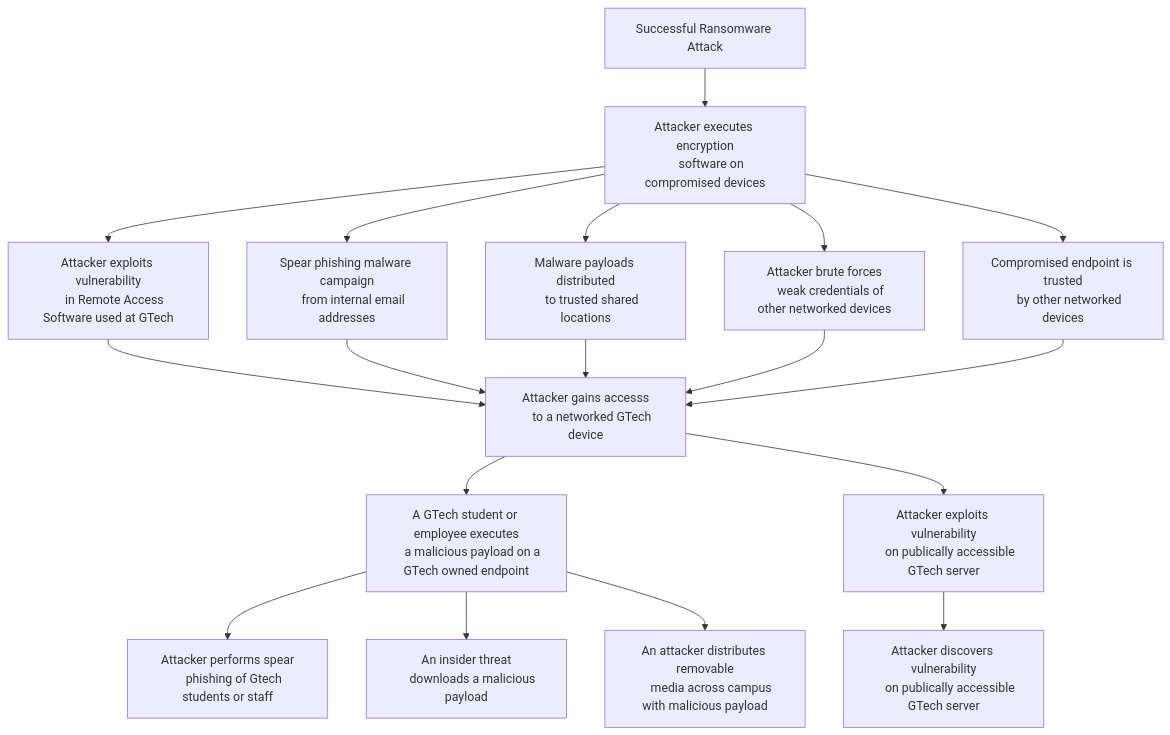
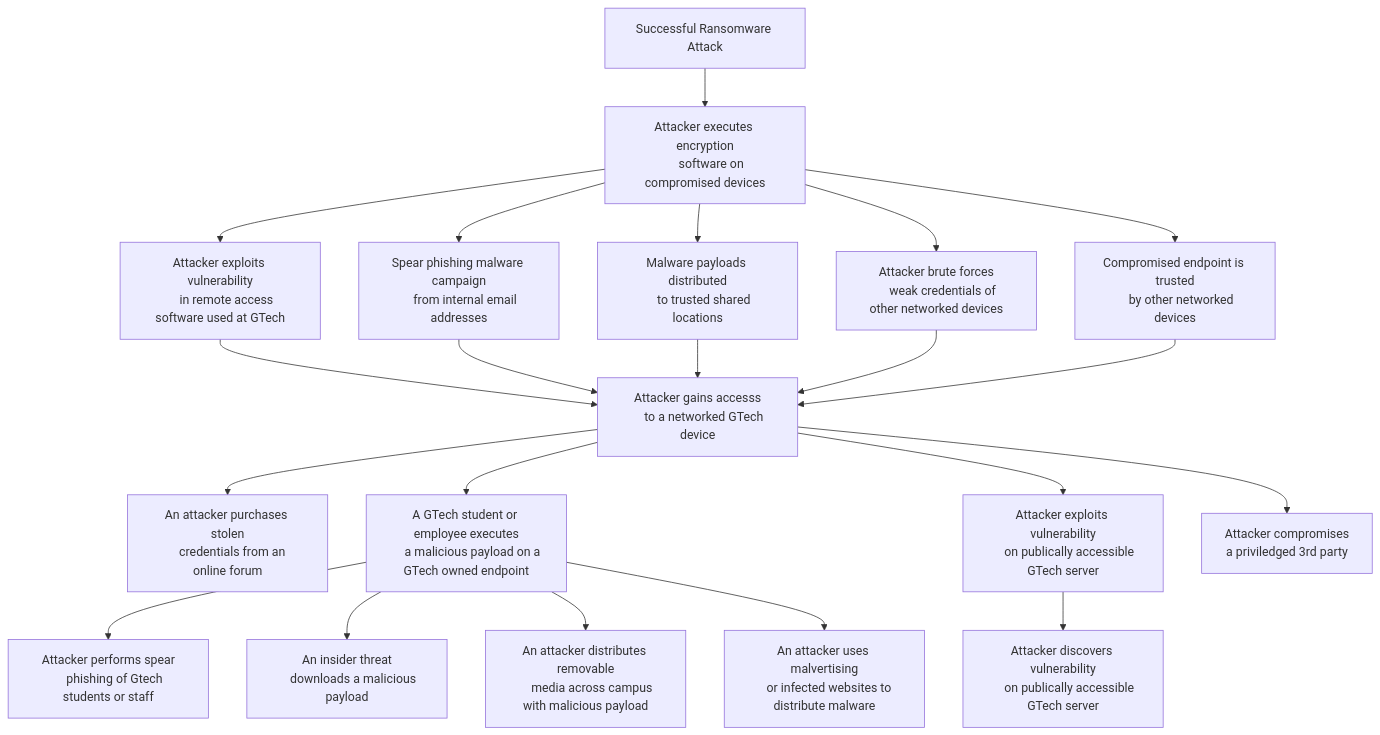
One commit to jfox13-nd/ransomware-gtech changed the diagram in attack_tree.md. Above: the diagram before and after it, drawn with Mermaid.

````diff
--- a/attack_tree.md
+++ b/attack_tree.md
@@ -2,58 +2,70 @@
 ```mermaid
 flowchart TD
     
     GOAL_FINAL[Successful Ransomware Attack]
     GOAL[Attacker executes encryption
      software on compromised devices]
 
     EXPLOIT_REMOTE_SERVICES[Attacker exploits vulnerability
-     in Remote Access Software used at GTech]
+     in remote access software used at GTech]
     PERMISSIONS_LATERAL_MOVEMENT[Compromised endpoint is trusted
      by other networked devices]
     INTERNAL_PHISHING[Spear phishing malware campaign
      from internal email addresses]
     TAINT_SHARED_CONTENT[Malware payloads distributed
      to trusted shared locations]
     BRUTE_FORCE_CREDENTIALS_OF_OTHER_NETWORKED_DEVICES[Attacker brute forces
      weak credentials of other networked devices]
     ACCESS_ENDPOINT[Attacker gains accesss
      to a networked GTech device]
 
     SPEAR_FISHING[Attacker performs spear
      phishing of Gtech students or staff]
     INSIDER_THREAT[An insider threat
      downloads a malicious payload]
     REMOVABLE_MEDIA[An attacker distributes removable
      media across campus with malicious payload]
+    DRIVE_BY[An attacker uses malvertising
+    or infected websites to distribute malware]
+
+    CREDENTIAL_PURCHASE[An attacker purchases stolen
+    credentials from an online forum]
 
     RUNS_MALICIOUS_EXECUTABLE[A GTech student or employee executes
      a malicious payload on a GTech owned endpoint]
 
     PUBLIC_SERVER_EXPLOIT[Attacker exploits vulnerability
      on publically accessible GTech server]
     VULNERABILITY_SCAN[Attacker discovers vulnerability
      on publically accessible GTech server]
+
+    THIRD_PARTY[Attacker compromises
+    a priviledged 3rd party]
 
     GOAL_FINAL --> GOAL
     GOAL --> EXPLOIT_REMOTE_SERVICES
     GOAL --> INTERNAL_PHISHING
     GOAL --> TAINT_SHARED_CONTENT
     GOAL --> BRUTE_FORCE_CREDENTIALS_OF_OTHER_NETWORKED_DEVICES
     GOAL --> PERMISSIONS_LATERAL_MOVEMENT
 
     EXPLOIT_REMOTE_SERVICES --> ACCESS_ENDPOINT
     INTERNAL_PHISHING  --> ACCESS_ENDPOINT
     TAINT_SHARED_CONTENT  --> ACCESS_ENDPOINT
     BRUTE_FORCE_CREDENTIALS_OF_OTHER_NETWORKED_DEVICES  --> ACCESS_ENDPOINT
     PERMISSIONS_LATERAL_MOVEMENT --> ACCESS_ENDPOINT
 
     ACCESS_ENDPOINT --> RUNS_MALICIOUS_EXECUTABLE
 
     RUNS_MALICIOUS_EXECUTABLE --> SPEAR_FISHING
     RUNS_MALICIOUS_EXECUTABLE --> INSIDER_THREAT
     RUNS_MALICIOUS_EXECUTABLE --> REMOVABLE_MEDIA
+    RUNS_MALICIOUS_EXECUTABLE --> DRIVE_BY
+
+    ACCESS_ENDPOINT --> THIRD_PARTY
+    ACCESS_ENDPOINT --> CREDENTIAL_PURCHASE
 
     ACCESS_ENDPOINT --> PUBLIC_SERVER_EXPLOIT
     PUBLIC_SERVER_EXPLOIT --> VULNERABILITY_SCAN
 
 ```
````
